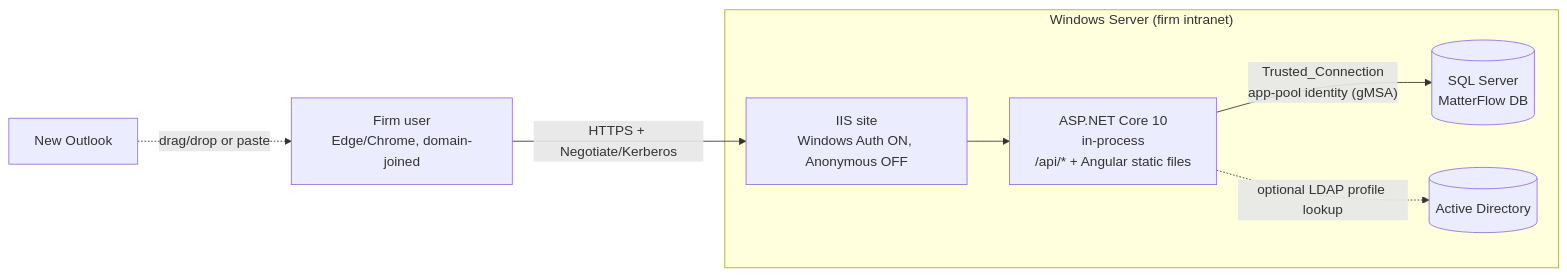
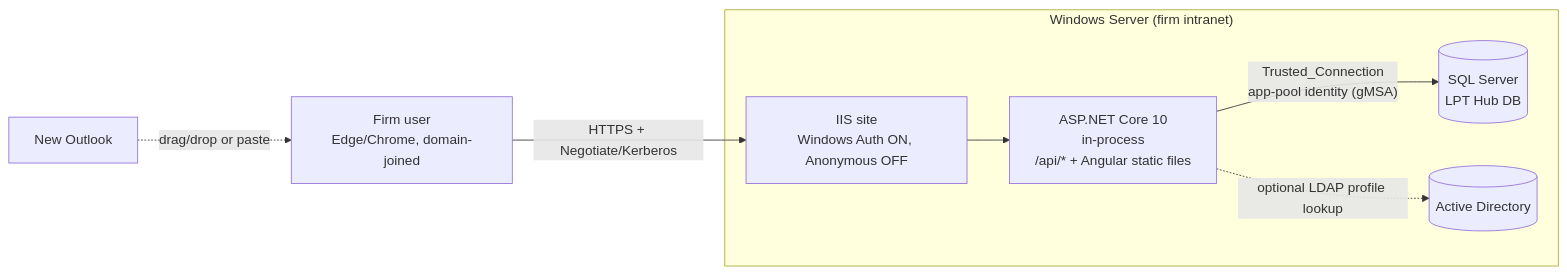
Before and after one commit to dent-ist/MatterFlow: the first of 4 diagrams in docs/architecture.md, drawn with Mermaid. The commit also changed other lines of this file and 1178 other files, not shown here.

````diff
--- a/docs/architecture.md
+++ b/docs/architecture.md
@@ -71,10 +71,10 @@
 ```mermaid
 flowchart LR
   U[Firm user<br/>Edge/Chrome, domain-joined] -- HTTPS + Negotiate/Kerberos --> IIS
   subgraph Server["Windows Server (firm intranet)"]
     IIS[IIS site<br/>Windows Auth ON, Anonymous OFF] --> APP[ASP.NET Core 10<br/>in-process<br/>/api/* + Angular static files]
-    APP -- Trusted_Connection<br/>app-pool identity (gMSA) --> SQL[(SQL Server<br/>MatterFlow DB)]
+    APP -- Trusted_Connection<br/>app-pool identity (gMSA) --> SQL[(SQL Server<br/>LPT Hub DB)]
     APP -. optional LDAP profile lookup .-> AD[(Active Directory)]
   end
   OUT[New Outlook] -. drag/drop or paste .-> U
 ```
````
